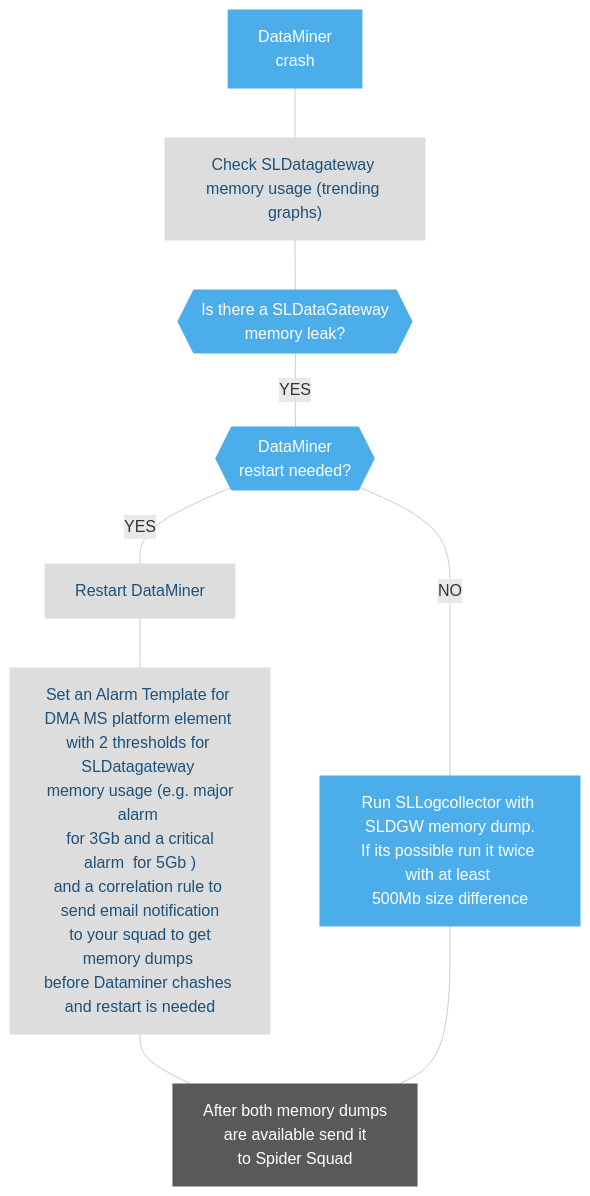
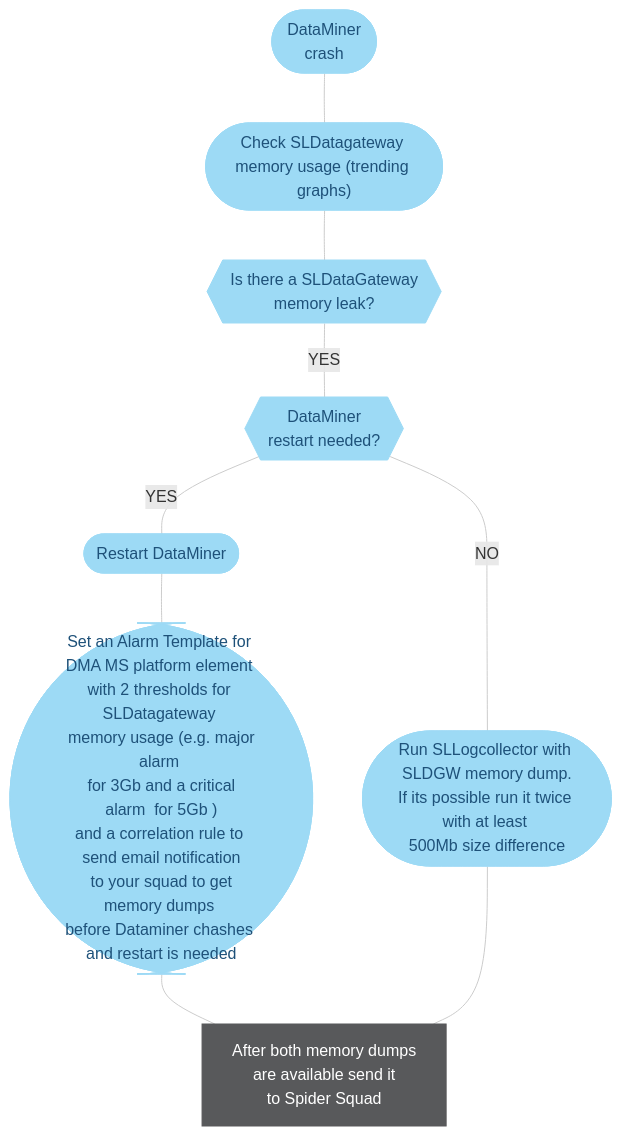
The fourth of 5 diagrams in user-guide/Troubleshooting/Troubleshooting_Flowcharts/Troubleshooting_Process_Identification/Database_processes/Troubleshooting_SLDataGateway_exe.md (SkylineCommunications/dataminer-docs), drawn with Mermaid before and after one commit. The commit also changed other lines of this file and 18 other files, not shown here.

```diff
--- a/user-guide/Troubleshooting/Troubleshooting_Flowcharts/Troubleshooting_Process_Identification/Database_processes/Troubleshooting_SLDataGateway_exe.md
+++ b/user-guide/Troubleshooting/Troubleshooting_Flowcharts/Troubleshooting_Process_Identification/Database_processes/Troubleshooting_SLDataGateway_exe.md
@@ -145,38 +145,38 @@
 <div class="mermaid">
 flowchart TD
 %% -------------------------------------------------------------------------
 %% Cassandra flowchart - Nodetool Status
 %% -------------------------------------------------------------------------
 %% -------------------------------------------------------------------------
 %% Define styles
 %% -------------------------------------------------------------------------
 linkStyle default stroke:#cccccc
 classDef classAction fill:#dddddd,stroke:#dddddd,color:#1E5179,stroke-width:1px;
 classDef classActionClickable fill:#999999,stroke:#999999,color:#ffffff,stroke-width:1px;
 classDef classDecision fill:#4baeea,stroke:#4baeea,color:#ffffff,stroke-width:1px;
 classDef classExternalRef fill:#9ddaf5,stroke:#9ddaf5,color:#1E5179,stroke-width:1px;
 classDef classSolution fill:#58595b,stroke:#58595b,color:#ffffff,stroke-width:1px;
 classDef classTerminal fill:#1e5179,stroke:#1e5179,color:#ffffff,stroke-width:1px;
 %% -------------------------------------------------------------------------
 %% flowchart structure
 %% -------------------------------------------------------------------------
-Action_DataMinerCrash[DataMiner <br>crash]:::classDecision
-Action_CrashSLDataGateway["Check SLDatagateway <br>memory usage (trending graphs)"]:::classAction
-Action_CrashSLDataGatewayLeakRestartYes[Restart DataMiner]:::classAction
-Action_CrashSLDataGatewayLeakRestartYes2["Set an Alarm Template for DMA MS platform element <br>with 2 thresholds for SLDatagateway <br> memory usage (e.g. major alarm <br> for 3Gb and a critical alarm  for 5Gb )<br>and a correlation rule to send email notification<br> to your squad to get memory dumps <br>before Dataminer chashes and restart is needed"]:::classAction
-Action_CrashSLDataGatewayLeakRestartNo[Run SLLogcollector with SLDGW memory dump.<br>If its possible run it twice with at least <br>500Mb size difference]:::classDecision
+Action_DataMinerCrash([DataMiner <br>crash]):::classExternalRef
+Action_CrashSLDataGateway(["Check SLDatagateway <br>memory usage (trending graphs)"]):::classExternalRef
+Action_CrashSLDataGatewayLeakRestartYes([Restart DataMiner]):::classExternalRef
+Action_CrashSLDataGatewayLeakRestartYes2(["Set an Alarm Template for DMA MS platform element <br>with 2 thresholds for SLDatagateway <br> memory usage (e.g. major alarm <br> for 3Gb and a critical alarm  for 5Gb )<br>and a correlation rule to send email notification<br> to your squad to get memory dumps <br>before Dataminer chashes and restart is needed"]):::classExternalRef
+Action_CrashSLDataGatewayLeakRestartNo([Run SLLogcollector with SLDGW memory dump.<br>If its possible run it twice with at least <br>500Mb size difference]):::classExternalRef
 Action_CrashSLDataGatewaySpider[After both memory dumps <br>are available send it <br>to Spider Squad]:::classSolution
-Decision_CrashSLDataGatewayLeak{{Is there a SLDataGateway <br>memory leak?}}:::classDecision
-Decision_CrashSLDataGatewayLeakRestart{{DataMiner <br>restart needed?}}:::classDecision
+Decision_CrashSLDataGatewayLeak{{Is there a SLDataGateway <br>memory leak?}}:::classExternalRef
+Decision_CrashSLDataGatewayLeakRestart{{DataMiner <br>restart needed?}}:::classExternalRef
     Action_DataMinerCrash --- Action_CrashSLDataGateway --- Decision_CrashSLDataGatewayLeak
     Decision_CrashSLDataGatewayLeak --- |YES| Decision_CrashSLDataGatewayLeakRestart
     Decision_CrashSLDataGatewayLeakRestart --- |YES| Action_CrashSLDataGatewayLeakRestartYes
     Decision_CrashSLDataGatewayLeakRestart --- |NO| Action_CrashSLDataGatewayLeakRestartNo
     Action_CrashSLDataGatewayLeakRestartYes --- Action_CrashSLDataGatewayLeakRestartYes2 --- Action_CrashSLDataGatewaySpider
     Action_CrashSLDataGatewayLeakRestartNo --- Action_CrashSLDataGatewaySpider
 %% -------------------------------------------------------------------------
 %% all blocks terminating at a common End?
 %% -------------------------------------------------------------------------
 %% Apply styles to blocks
 %% -------------------------------------------------------------------------
 </div>
```
